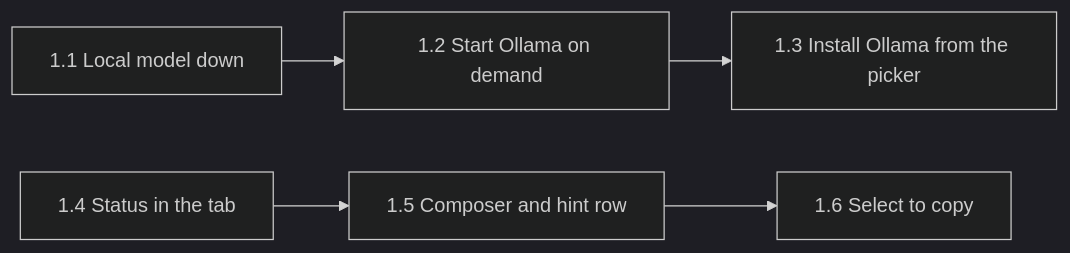
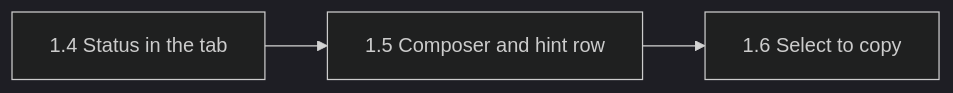
One commit to MilanPavel/golem changed the second of 4 diagrams in docs/plan.md. Above: the diagram before and after it, drawn with Mermaid (dark theme). The commit also changed other lines of this file and 5 other files, not shown here.

````diff
--- a/docs/plan.md
+++ b/docs/plan.md
@@ -116,5 +111,4 @@
 ```mermaid
 flowchart LR
-  s1[1.1 Local model down] --> s2[1.2 Start Ollama on demand] --> s3[1.3 Install Ollama from the picker]
   s4[1.4 Status in the tab] --> s5[1.5 Composer and hint row] --> s6[1.6 Select to copy]
 ```
````
